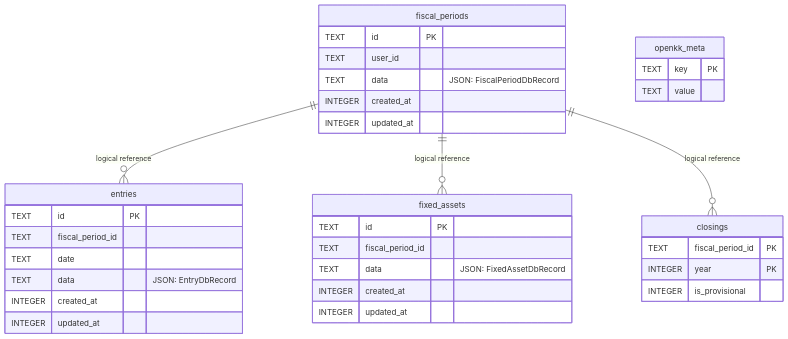
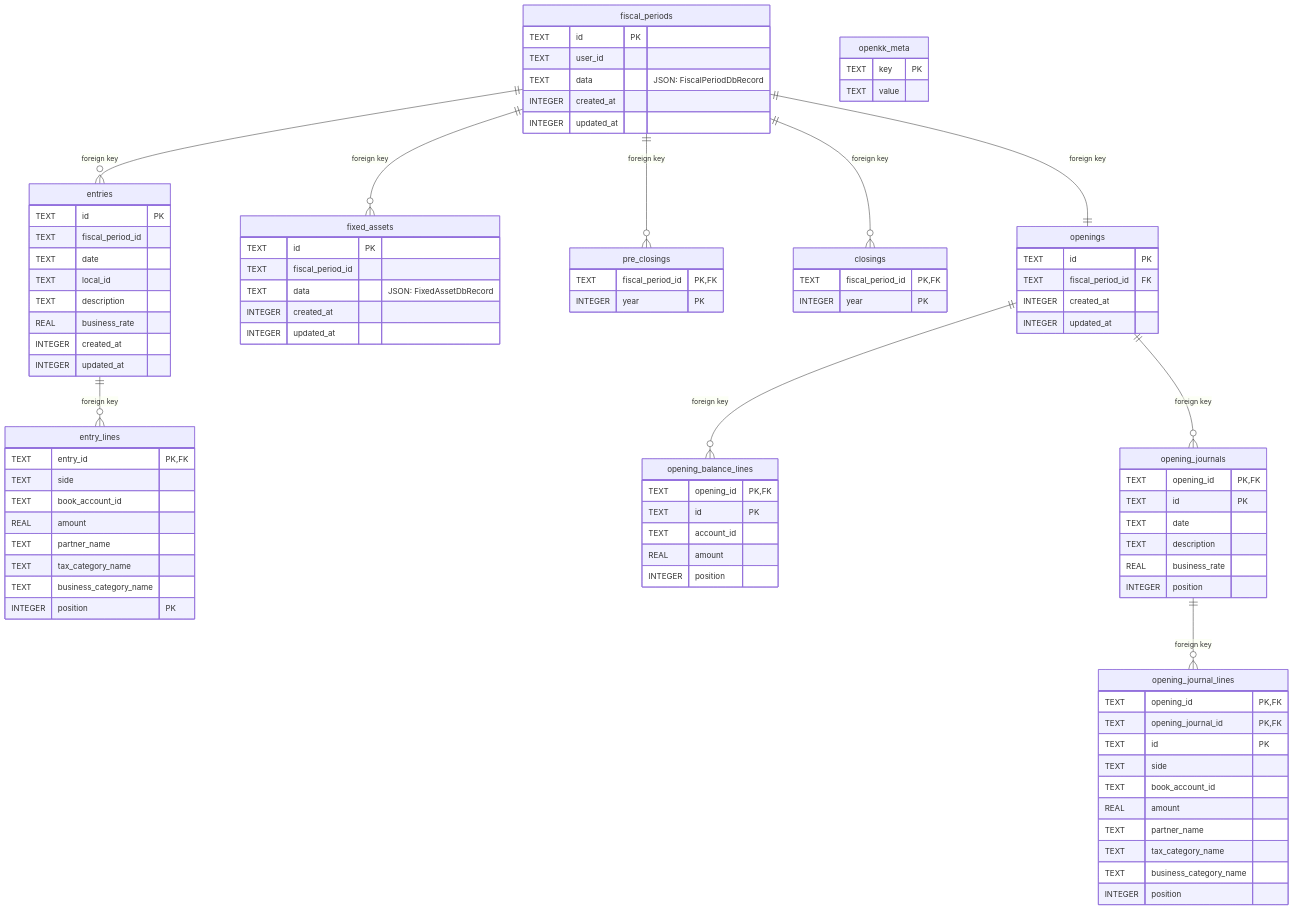
The diagram in docs/database-schema.md (rubydogjp/openkk), drawn with Mermaid before and after one commit. The commit also changed other lines of this file and 51 other files, not shown here.

````diff
--- a/docs/database-schema.md
+++ b/docs/database-schema.md
@@ -5,8 +5,14 @@
 ```mermaid
 erDiagram
-  fiscal_periods ||--o{ entries : "logical reference"
-  fiscal_periods ||--o{ fixed_assets : "logical reference"
-  fiscal_periods ||--o{ closings : "logical reference"
+  fiscal_periods ||--o{ entries : "foreign key"
+  entries ||--o{ entry_lines : "foreign key"
+  fiscal_periods ||--o{ fixed_assets : "foreign key"
+  fiscal_periods ||--o{ pre_closings : "foreign key"
+  fiscal_periods ||--o{ closings : "foreign key"
+  fiscal_periods ||--|| openings : "foreign key"
+  openings ||--o{ opening_balance_lines : "foreign key"
+  openings ||--o{ opening_journals : "foreign key"
+  opening_journals ||--o{ opening_journal_lines : "foreign key"
 
   openkk_meta {
     TEXT key PK
@@ -19,13 +25,58 @@
     INTEGER created_at
     INTEGER updated_at
   }
+  openings {
+    TEXT id PK
+    TEXT fiscal_period_id FK
+    INTEGER created_at
+    INTEGER updated_at
+  }
+  opening_balance_lines {
+    TEXT opening_id PK,FK
+    TEXT id PK
+    TEXT account_id
+    REAL amount
+    INTEGER position
+  }
+  opening_journals {
+    TEXT opening_id PK,FK
+    TEXT id PK
+    TEXT date
+    TEXT description
+    REAL business_rate
+    INTEGER position
+  }
+  opening_journal_lines {
+    TEXT opening_id PK,FK
+    TEXT opening_journal_id PK,FK
+    TEXT id PK
+    TEXT side
+    TEXT book_account_id
+    REAL amount
+    TEXT partner_name
+    TEXT tax_category_name
+    TEXT business_category_name
+    INTEGER position
+  }
   entries {
     TEXT id PK
     TEXT fiscal_period_id
     TEXT date
-    TEXT data "JSON: EntryDbRecord"
+    TEXT local_id
+    TEXT description
+    REAL business_rate
     INTEGER created_at
     INTEGER updated_at
+  }
+  entry_lines {
+    TEXT entry_id PK,FK
+    TEXT side
+    TEXT book_account_id
+    REAL amount
+    TEXT partner_name
+    TEXT tax_category_name
+    TEXT business_category_name
+    INTEGER position PK
   }
   fixed_assets {
     TEXT id PK
@@ -34,9 +85,12 @@
     INTEGER created_at
     INTEGER updated_at
   }
+  pre_closings {
+    TEXT fiscal_period_id PK,FK
+    INTEGER year PK
+  }
   closings {
-    TEXT fiscal_period_id PK
+    TEXT fiscal_period_id PK,FK
     INTEGER year PK
-    INTEGER is_provisional
   }
 ```
````
